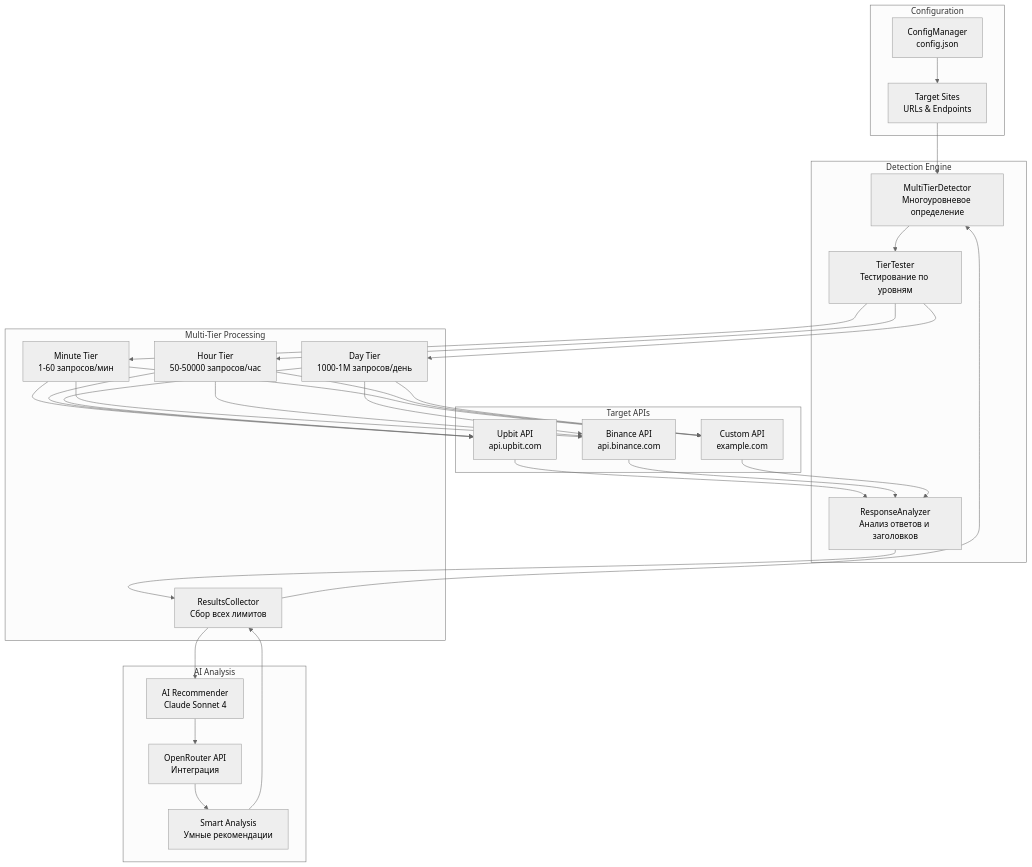
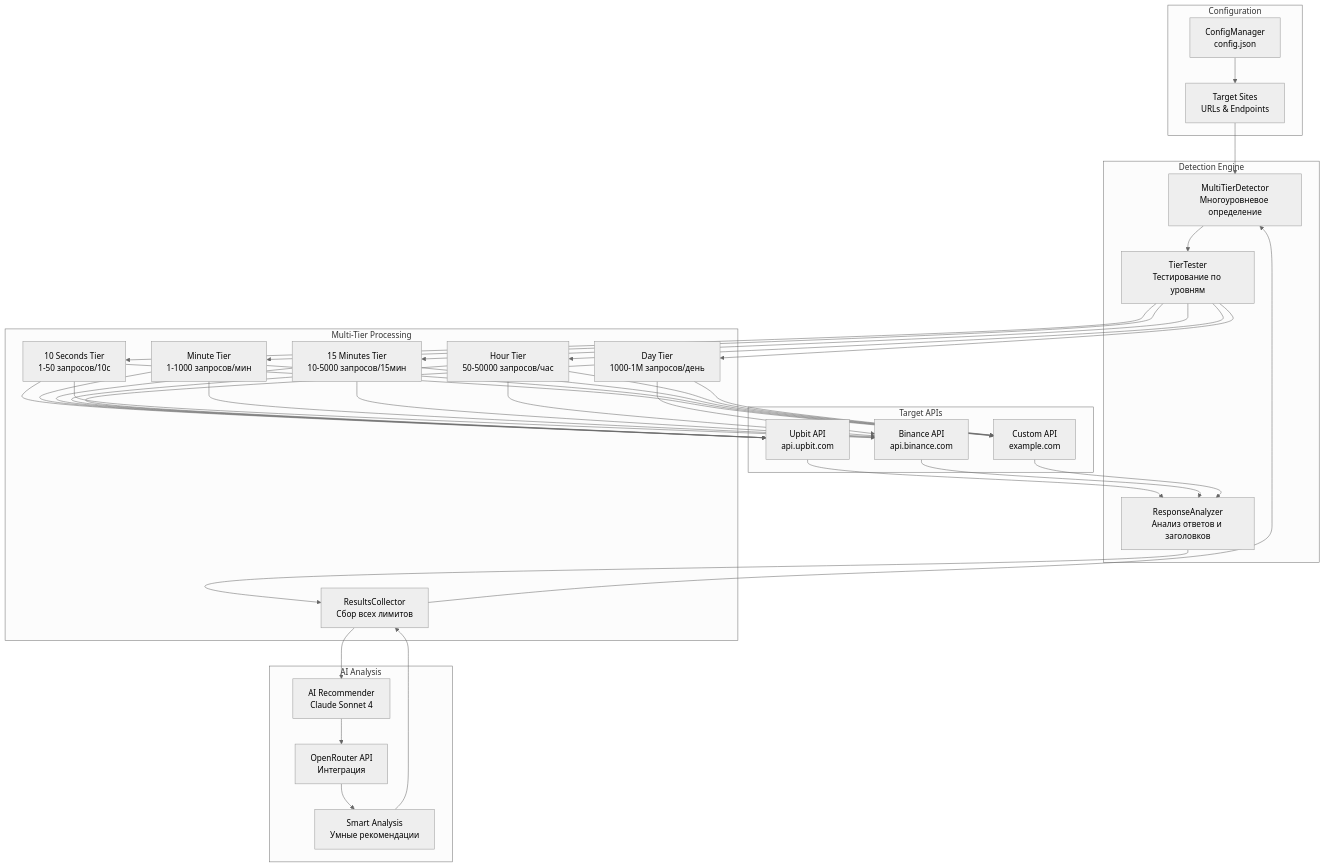
The first of 5 diagrams in MERMAID.md (suenot/rate-limit-optimizer), drawn with Mermaid (neutral theme) before and after one commit. The commit also changed other lines of this file and 4 other files, not shown here.

Commit message:
Добавлен новый tier "10_seconds" с интервалом 10 секунд в файлы config.json, README.md и MERMAID.md. Обновлен порядок tiers в multi-tier тестировании и добавлены команды для проверки валидности JSON конфигурации в COMMANDS.md. Эти изменения улучшают функциональность системы и документацию.

````diff
--- a/MERMAID.md
+++ b/MERMAID.md
@@ -8,63 +8,75 @@
 ```mermaid
 graph TB
     subgraph "Configuration"
         Config[ConfigManager<br/>config.json]
         Sites[Target Sites<br/>URLs & Endpoints]
     end
 
     subgraph "Detection Engine"
         Detector[MultiTierDetector<br/>Многоуровневое определение]
         Tester[TierTester<br/>Тестирование по уровням]
         Analyzer[ResponseAnalyzer<br/>Анализ ответов и заголовков]
     end
 
     subgraph "Multi-Tier Processing"
-        MinuteTier[Minute Tier<br/>1-60 запросов/мин]
+        SecondsTier[10 Seconds Tier<br/>1-50 запросов/10с]
+        MinuteTier[Minute Tier<br/>1-1000 запросов/мин]
+        FifteenMinTier[15 Minutes Tier<br/>10-5000 запросов/15мин]
         HourTier[Hour Tier<br/>50-50000 запросов/час]
         DayTier[Day Tier<br/>1000-1M запросов/день]
         Results[ResultsCollector<br/>Сбор всех лимитов]
     end
 
     subgraph "AI Analysis"
         AIRecommender[AI Recommender<br/>Claude Sonnet 4]
         OpenRouter[OpenRouter API<br/>Интеграция]
         SmartAnalysis[Smart Analysis<br/>Умные рекомендации]
     end
 
     subgraph "Target APIs"
         API1[Upbit API<br/>api.upbit.com]
         API2[Binance API<br/>api.binance.com]
         API3[Custom API<br/>example.com]
     end
 
     Config --> Sites
     Sites --> Detector
     Detector --> Tester
     
+    Tester --> SecondsTier
     Tester --> MinuteTier
+    Tester --> FifteenMinTier
     Tester --> HourTier  
     Tester --> DayTier
+    
+    SecondsTier --> API1
+    SecondsTier --> API2
+    SecondsTier --> API3
     
     MinuteTier --> API1
     MinuteTier --> API2
     MinuteTier --> API3
+    
+    FifteenMinTier --> API1
+    FifteenMinTier --> API2
+    FifteenMinTier --> API3
     
     HourTier --> API1
     HourTier --> API2
     HourTier --> API3
     
     DayTier --> API1
     DayTier --> API2
     DayTier --> API3
     
     API1 --> Analyzer
     API2 --> Analyzer
     API3 --> Analyzer
     
     Analyzer --> Results
     Results --> AIRecommender
     AIRecommender --> OpenRouter
     OpenRouter --> SmartAnalysis
     SmartAnalysis --> Results
     Results --> Detector
 ```
````
